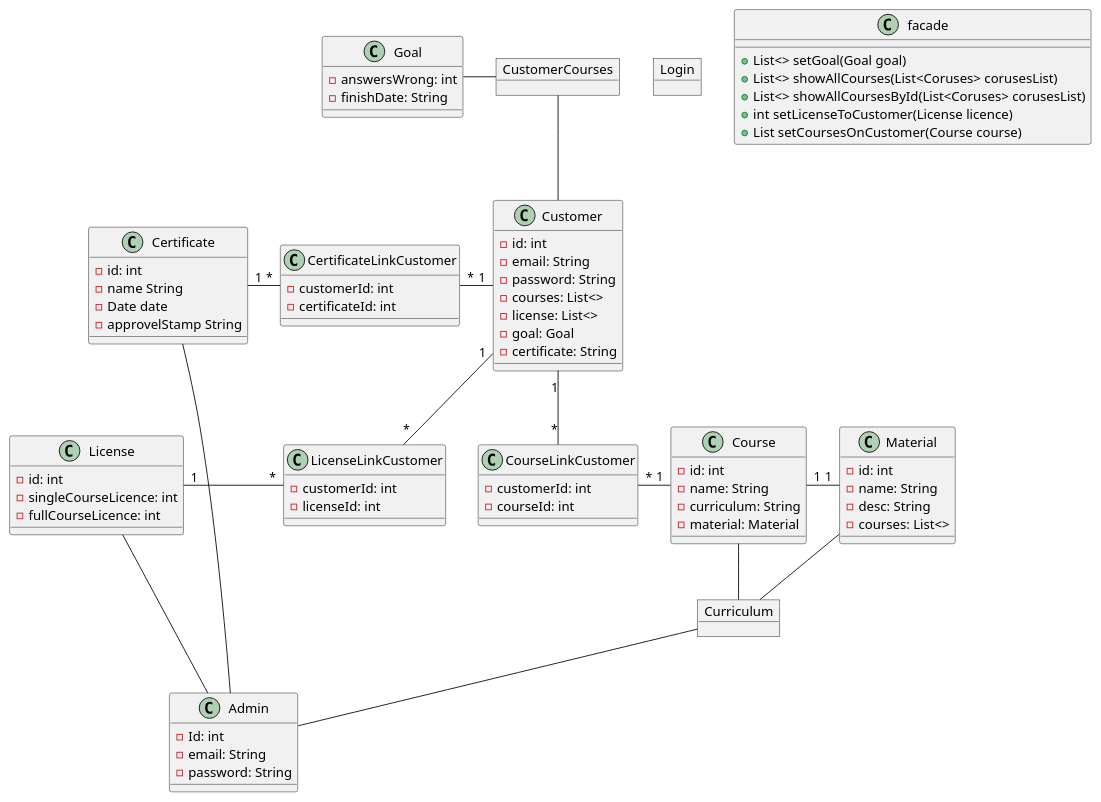
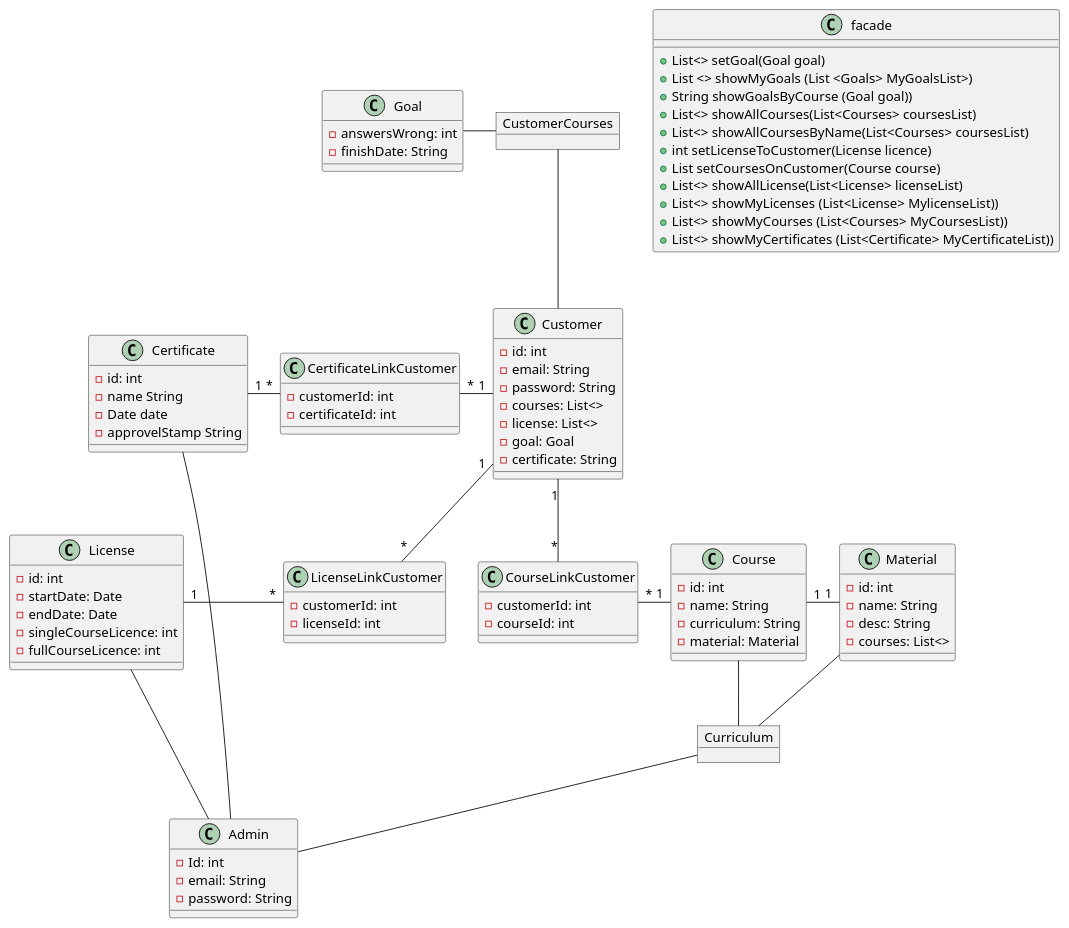
One commit to Rene061089/PlatumlDomeaneModdelering changed the diagram in src/Class.puml. Above: the diagram before and after it, drawn with PlantUML.

Commit message:
progress2

```diff
--- a/src/Class.puml
+++ b/src/Class.puml
@@ -1,102 +1,110 @@
 @startuml
 
 
-object Login
+
 object Curriculum
 object CustomerCourses
 
 class Admin {
 -Id: int
 -email: String
 -password: String
 
 }
 
 class CourseLinkCustomer {
 -customerId: int
 -courseId: int
 }
 
 class CertificateLinkCustomer {
 -customerId: int
 -certificateId: int
 }
 
 
 class LicenseLinkCustomer {
 -customerId: int
 -licenseId: int
 }
 
 class Certificate{
 -id: int
 -name String
 -Date date
 - approvelStamp String
 }
 
 class License{
 - id: int
+- startDate: Date
+- endDate: Date
 -singleCourseLicence: int
 -fullCourseLicence: int
 }
 
 class Material{
 -id: int
 -name: String
 -desc: String
 -courses: List<>
 }
 
 class Course{
 -id: int
 -name: String
 -curriculum: String
 -material: Material
 }
 
 class Goal{
 -answersWrong: int
 -finishDate: String
 }
 
 class Customer{
 -id: int
 -email: String
 -password: String
 -courses: List<>
 -license: List<>
 -goal: Goal
 -certificate: String
+
 }
 
 class facade{
 + List<> setGoal(Goal goal)
-+ List<> showAllCourses(List<Coruses> corusesList)
-+ List<> showAllCoursesById(List<Coruses> corusesList)
++ List <> showMyGoals (List <Goals> MyGoalsList>)
++ String showGoalsByCourse (Goal goal))
++ List<> showAllCourses(List<Courses> coursesList)
++ List<> showAllCoursesByName(List<Courses> coursesList)
 + int setLicenseToCustomer(License licence)
 + List setCoursesOnCustomer(Course course)
++ List<> showAllLicense(List<License> licenseList)
++ List<> showMyLicenses (List<License> MylicenseList))
++ List<> showMyCourses (List<Courses> MyCoursesList))
++ List<> showMyCertificates (List<Certificate> MyCertificateList))
 }
 
 
 CustomerCourses -down- Customer
 CustomerCourses -left- Goal
 Customer "1" -- "*" LicenseLinkCustomer
 License "1" - "*" LicenseLinkCustomer
 Customer "1" -left- "*" CertificateLinkCustomer
 CertificateLinkCustomer "*" -left- "1" Certificate
 Course "1" -left- "*" CourseLinkCustomer
 Customer "1" -- "*" CourseLinkCustomer
 
 
 
 
 Course "1" -right- "1" Material
-
 License -right- Admin
 Certificate -right- Admin
 Curriculum -down- Admin
 Material -down- Curriculum
 Course  -down-  Curriculum
 
 @enduml
```
